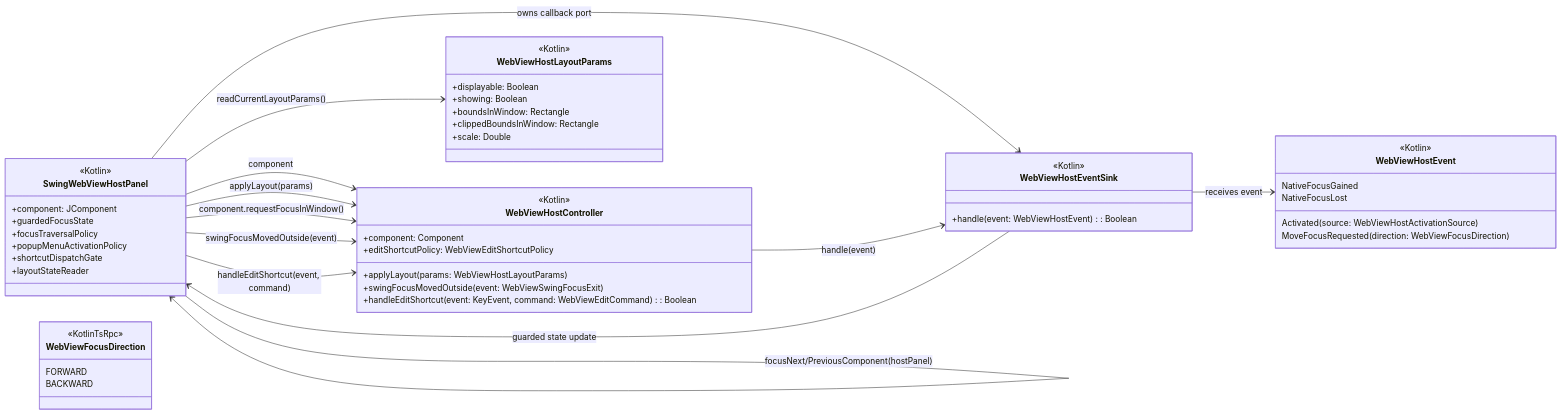
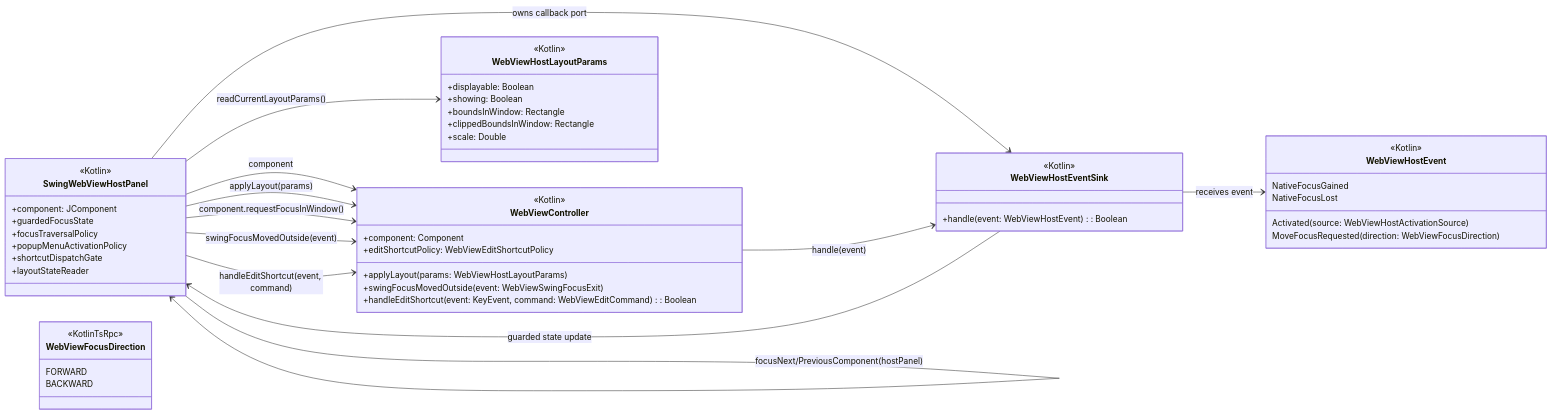
The third of 5 diagrams in docs/backends/native-webview-host/architecture-diagrams.md (nerzhulart/intellij-webview), drawn with Mermaid before and after one commit. The commit also changed other lines of this file and 56 other files, not shown here.

Commit message:
IJPL-247160 [WebView] Start of general refactoring

````diff
--- a/docs/backends/native-webview-host/architecture-diagrams.md
+++ b/docs/backends/native-webview-host/architecture-diagrams.md
@@ -189,65 +176,65 @@
 ```mermaid
 classDiagram
 direction LR
 
 class SwingWebViewHostPanel {
   <<Kotlin>>
   +component: JComponent
   +guardedFocusState
   +focusTraversalPolicy
   +popupMenuActivationPolicy
   +shortcutDispatchGate
   +layoutStateReader
 }
 
-class WebViewHostController {
+class WebViewController {
   <<Kotlin>>
   +component: Component
   +editShortcutPolicy: WebViewEditShortcutPolicy
   +applyLayout(params: WebViewHostLayoutParams)
   +swingFocusMovedOutside(event: WebViewSwingFocusExit)
   +handleEditShortcut(event: KeyEvent, command: WebViewEditCommand): Boolean
 }
 
 class WebViewHostEventSink {
   <<Kotlin>>
   +handle(event: WebViewHostEvent): Boolean
 }
 
 class WebViewHostEvent {
   <<Kotlin>>
   NativeFocusGained
   NativeFocusLost
   Activated(source: WebViewHostActivationSource)
   MoveFocusRequested(direction: WebViewFocusDirection)
 }
 
 class WebViewHostLayoutParams {
   <<Kotlin>>
   +displayable: Boolean
   +showing: Boolean
   +boundsInWindow: Rectangle
   +clippedBoundsInWindow: Rectangle
   +scale: Double
 }
 
 class WebViewFocusDirection {
   <<KotlinTsRpc>>
   <<enumeration>>
   FORWARD
   BACKWARD
 }
 
-SwingWebViewHostPanel --> WebViewHostController : component
+SwingWebViewHostPanel --> WebViewController : component
 SwingWebViewHostPanel --> WebViewHostLayoutParams : readCurrentLayoutParams()
-SwingWebViewHostPanel --> WebViewHostController : applyLayout(params)
-SwingWebViewHostPanel --> WebViewHostController : component.requestFocusInWindow()
-SwingWebViewHostPanel --> WebViewHostController : swingFocusMovedOutside(event)
-SwingWebViewHostPanel --> WebViewHostController : handleEditShortcut(event, command)
+SwingWebViewHostPanel --> WebViewController : applyLayout(params)
+SwingWebViewHostPanel --> WebViewController : component.requestFocusInWindow()
+SwingWebViewHostPanel --> WebViewController : swingFocusMovedOutside(event)
+SwingWebViewHostPanel --> WebViewController : handleEditShortcut(event, command)
 SwingWebViewHostPanel --> WebViewHostEventSink : owns callback port
-WebViewHostController --> WebViewHostEventSink : handle(event)
+WebViewController --> WebViewHostEventSink : handle(event)
 WebViewHostEventSink --> WebViewHostEvent : receives event
 WebViewHostEventSink --> SwingWebViewHostPanel : guarded state update
 SwingWebViewHostPanel --> SwingWebViewHostPanel : exitByTraversal(direction)
 SwingWebViewHostPanel --> SwingWebViewHostPanel : focusNext/PreviousComponent(hostPanel)
 ```
````
